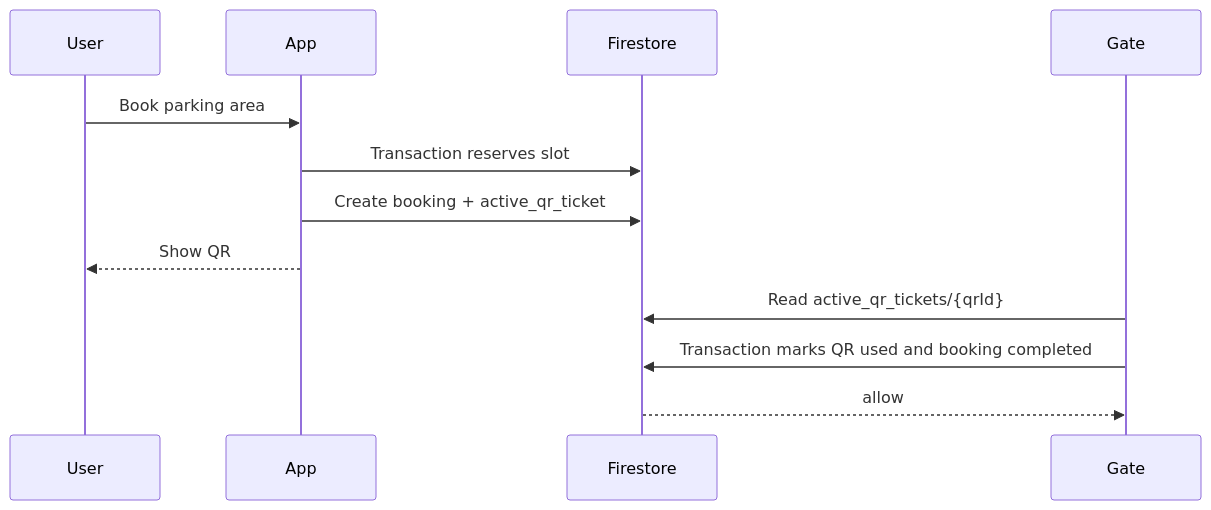
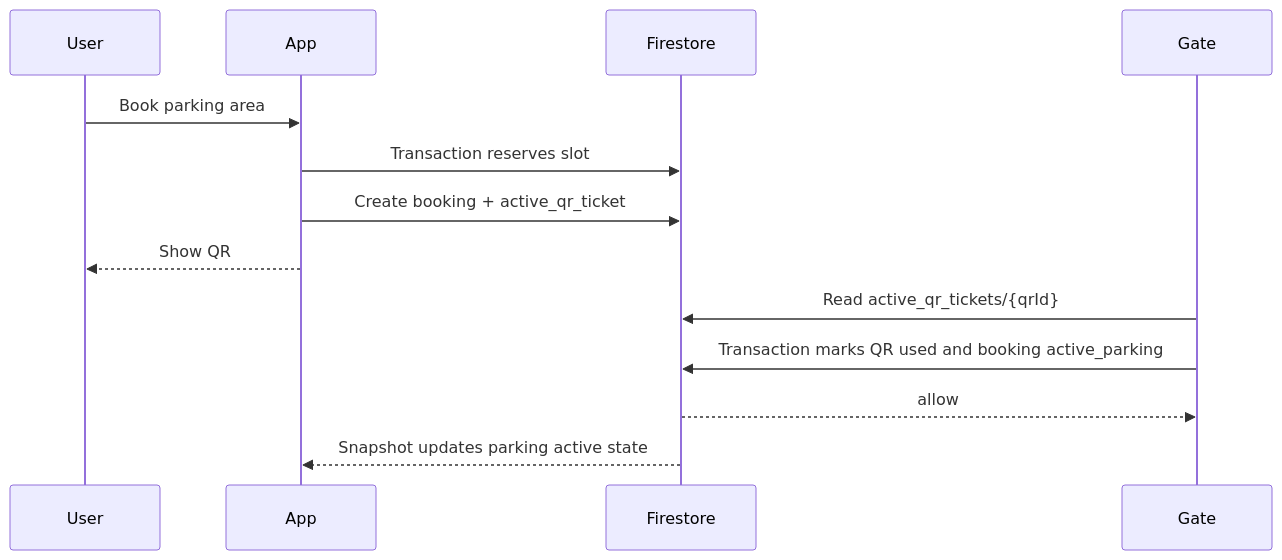
The diagram in docs/QR_VERIFICATION_FLOW.md (snehil-pandey/smart-parking-occupancy-system), drawn with Mermaid before and after one commit. The commit also changed other lines of this file and 10 other files, not shown here.

````diff
--- a/docs/QR_VERIFICATION_FLOW.md
+++ b/docs/QR_VERIFICATION_FLOW.md
@@ -48,15 +48,16 @@
 ```mermaid
 sequenceDiagram
   participant User
   participant App
   participant Firestore
   participant Gate
 
   User->>App: Book parking area
   App->>Firestore: Transaction reserves slot
   App->>Firestore: Create booking + active_qr_ticket
   App-->>User: Show QR
   Gate->>Firestore: Read active_qr_tickets/{qrId}
-  Gate->>Firestore: Transaction marks QR used and booking completed
+  Gate->>Firestore: Transaction marks QR used and booking active_parking
   Firestore-->>Gate: allow
+  Firestore-->>App: Snapshot updates parking active state
 ```
````
